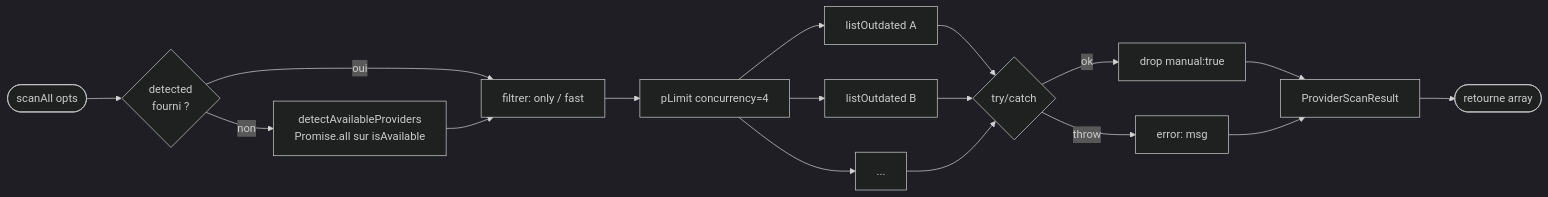
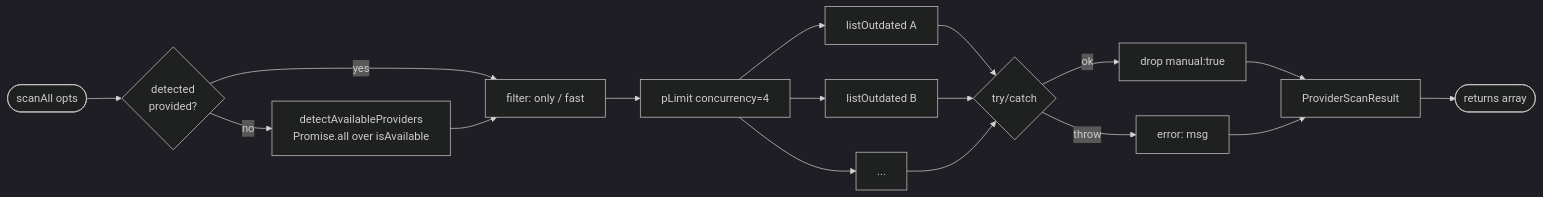
One commit to LINDECKER-Charles/gup changed the fifth of 9 diagrams in docs/architecture.md. Above: the diagram before and after it, drawn with Mermaid (dark theme). The commit also changed other lines of this file and 5 other files, not shown here.

````diff
--- a/docs/architecture.md
+++ b/docs/architecture.md
@@ -232,17 +232,17 @@
 ```mermaid
 flowchart LR
-    Start([scanAll opts]) --> Detect{detected<br/>fourni ?}
-    Detect -->|oui| Filter
-    Detect -->|non| Probe[detectAvailableProviders<br/>Promise.all sur isAvailable]
-    Probe --> Filter[filtrer: only / fast]
+    Start([scanAll opts]) --> Detect{detected<br/>provided?}
+    Detect -->|yes| Filter
+    Detect -->|no| Probe[detectAvailableProviders<br/>Promise.all over isAvailable]
+    Probe --> Filter[filter: only / fast]
     Filter --> Limit[pLimit concurrency=4]
     Limit --> P1[listOutdated A]
     Limit --> P2[listOutdated B]
     Limit --> P3[...]
     P1 & P2 & P3 --> Catch{try/catch}
     Catch -->|ok| FilterManual[drop manual:true]
     Catch -->|throw| Error[error: msg]
     FilterManual --> Result[ProviderScanResult]
     Error --> Result
-    Result --> End([retourne array])
+    Result --> End([returns array])
 ```
````
